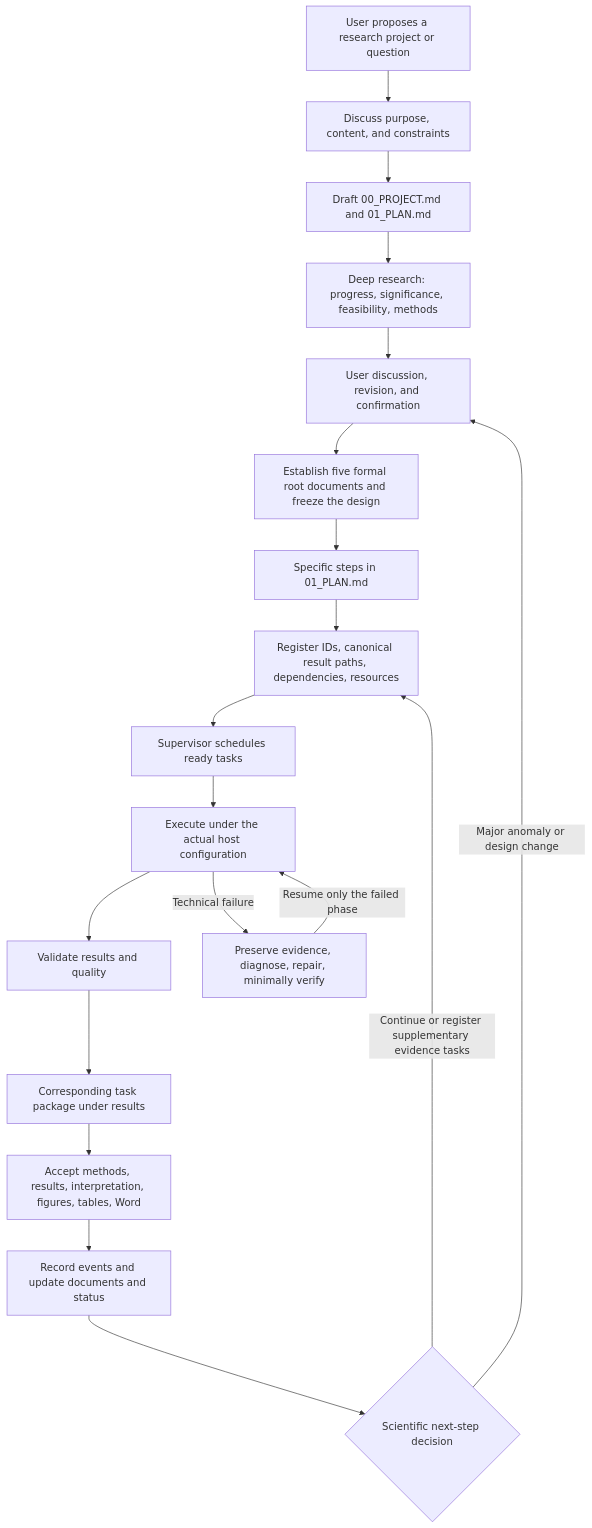
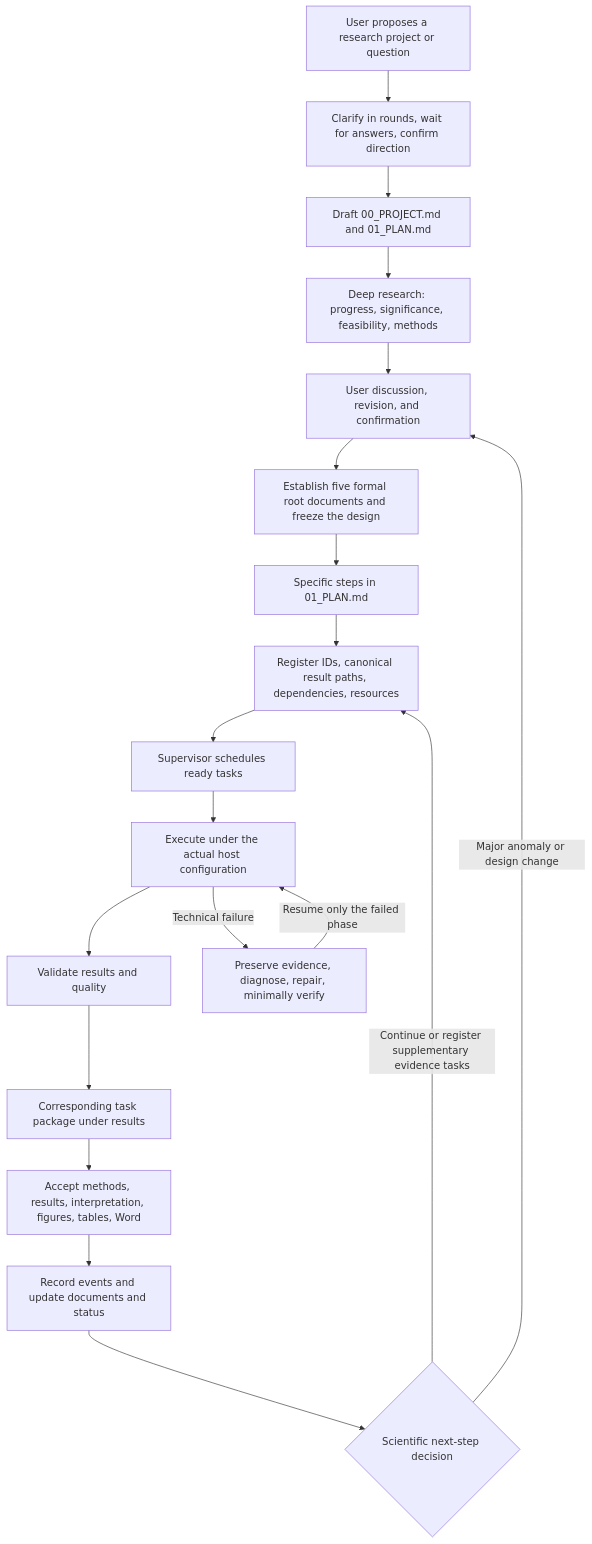
Before and after one commit to shuifeng1988/scientific_agent_design: the diagram in README.en.md, drawn with Mermaid. The commit also changed other lines of this file and 22 other files, not shown here.

````diff
--- a/README.en.md
+++ b/README.en.md
@@ -53,21 +53,21 @@
 ```mermaid
 flowchart TD
-  U["User proposes a research project or question"] --> A["Discuss purpose, content, and constraints"]
+  U["User proposes a research project or question"] --> A["Clarify in rounds, wait for answers, confirm direction"]
   A --> B["Draft 00_PROJECT.md and 01_PLAN.md"]
   B --> C["Deep research: progress, significance, feasibility, methods"]
   C --> D["User discussion, revision, and confirmation"]
   D --> E["Establish five formal root documents and freeze the design"]
   E --> P["Specific steps in 01_PLAN.md"]
   P --> R["Register IDs, canonical result paths, dependencies, resources"]
   R --> S["Supervisor schedules ready tasks"]
   S --> X["Execute under the actual host configuration"]
   X --> V["Validate results and quality"]
   V --> O["Corresponding task package under results"]
   O --> I["Accept methods, results, interpretation, figures, tables, Word"]
   I --> H["Record events and update documents and status"]
   H --> N{"Scientific next-step decision"}
   N -->|"Continue or register supplementary evidence tasks"| R
   N -->|"Major anomaly or design change"| D
   X -->|"Technical failure"| F["Preserve evidence, diagnose, repair, minimally verify"]
   F -->|"Resume only the failed phase"| X
 ```
````
